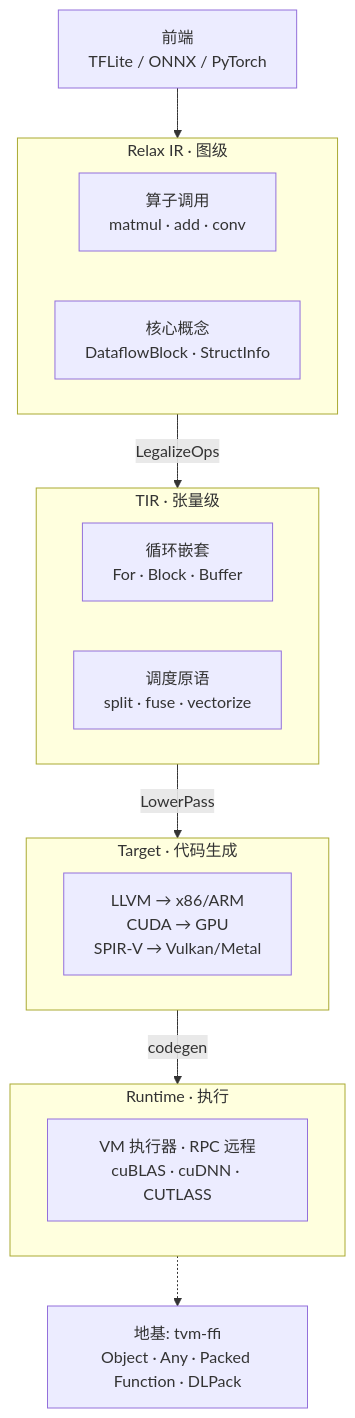
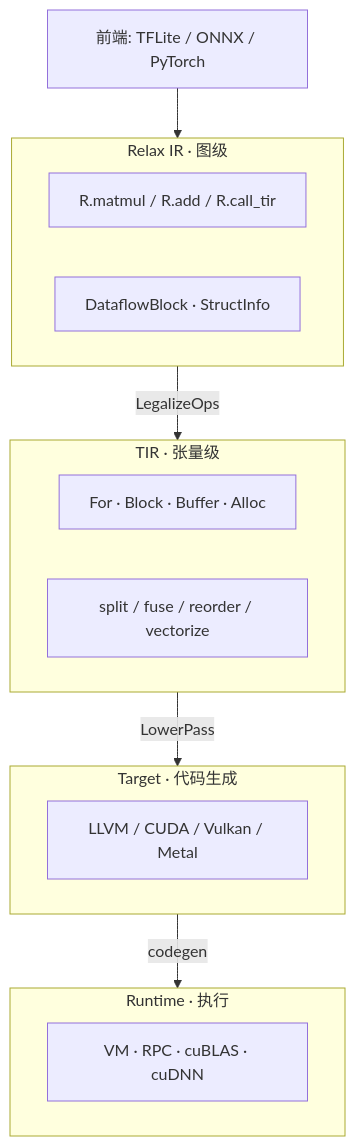
Before and after one commit to LudovicoYIN/blog: the first of 2 diagrams in src/content/posts/tvm-compilation-pipeline.md, drawn with Mermaid. The commit also changed other lines of this file, not shown here.

Commit message:
fix: simplify mermaid diagrams, remove Foundation node and direction LR
- Remove Foundation node (too much detail for an overview)
- Remove direction LR in subgraphs (causes parse errors)
- Remove arrow labels on pipeline sequence (use simple labels)
- Tighter node text with spaces instead of line breaks

````diff
--- a/src/content/posts/tvm-compilation-pipeline.md
+++ b/src/content/posts/tvm-compilation-pipeline.md
@@ -30,32 +30,27 @@
 ```mermaid
 flowchart TD
-    Frontend["前端<br/>TFLite / ONNX / PyTorch"]
+    Frontend["前端: TFLite / ONNX / PyTorch"]
 
     subgraph Relax["Relax IR · 图级"]
-        direction LR
-        R1["算子调用<br/>matmul · add · conv"]
-        R2["核心概念<br/>DataflowBlock · StructInfo"]
+        R1["R.matmul / R.add / R.call_tir"]
+        R2["DataflowBlock · StructInfo"]
     end
 
     subgraph TIR["TIR · 张量级"]
-        direction LR
-        T1["循环嵌套<br/>For · Block · Buffer"]
-        T2["调度原语<br/>split · fuse · vectorize"]
+        T1["For · Block · Buffer · Alloc"]
+        T2["split / fuse / reorder / vectorize"]
     end
 
     subgraph Target["Target · 代码生成"]
-        TG1["LLVM → x86/ARM<br/>CUDA → GPU<br/>SPIR-V → Vulkan/Metal"]
+        TG1["LLVM / CUDA / Vulkan / Metal"]
     end
 
     subgraph Runtime["Runtime · 执行"]
-        RT1["VM 执行器 · RPC 远程<br/>cuBLAS · cuDNN · CUTLASS"]
+        RT1["VM · RPC · cuBLAS · cuDNN"]
     end
-
-    Foundation["地基: tvm-ffi<br/>Object · Any · Packed Function · DLPack"]
 
     Frontend --> Relax
     Relax -->|"LegalizeOps"| TIR
     TIR -->|"LowerPass"| Target
     Target -->|"codegen"| Runtime
-    Runtime -.-> Foundation
 ```
````
